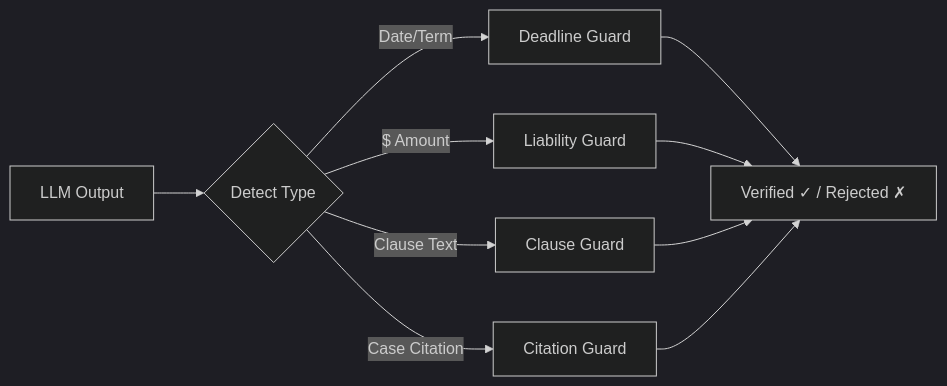
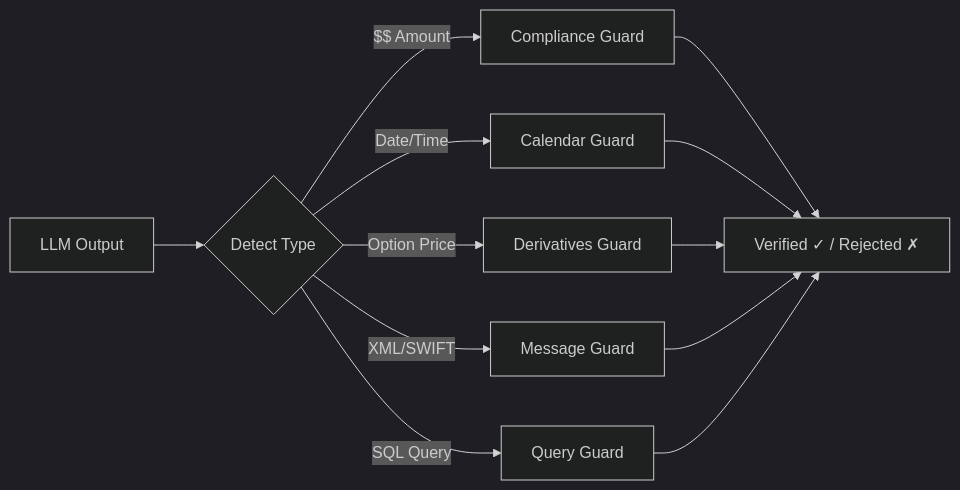
Before and after one commit to QWED-AI/docs: the second of 4 diagrams in fr/overview.mdx, drawn with Mermaid (dark theme). The commit also changed other lines of this file, not shown here.

````diff
--- a/fr/overview.mdx
+++ b/fr/overview.mdx
@@ -109,14 +100,16 @@
 ```mermaid
 flowchart LR
     Input["LLM Output"] --> Detect{"Detect Type"}
     
-    Detect -->|"Date/Term"| DG["Deadline Guard"]
-    Detect -->|"$ Amount"| LG["Liability Guard"]
-    Detect -->|"Clause Text"| CG["Clause Guard"]
-    Detect -->|"Case Citation"| CTG["Citation Guard"]
+    Detect -->|"$$ Amount"| CG["Compliance Guard"]
+    Detect -->|"Date/Time"| CAL["Calendar Guard"]
+    Detect -->|"Option Price"| DG["Derivatives Guard"]
+    Detect -->|"XML/SWIFT"| MG["Message Guard"]
+    Detect -->|"SQL Query"| QG["Query Guard"]
     
-    DG --> Result["Verified ✓ / Rejected ✗"]
-    LG --> Result
-    CG --> Result
-    CTG --> Result
+    CG --> Result["Verified ✓ / Rejected ✗"]
+    CAL --> Result
+    DG --> Result
+    MG --> Result
+    QG --> Result
 ```
````
